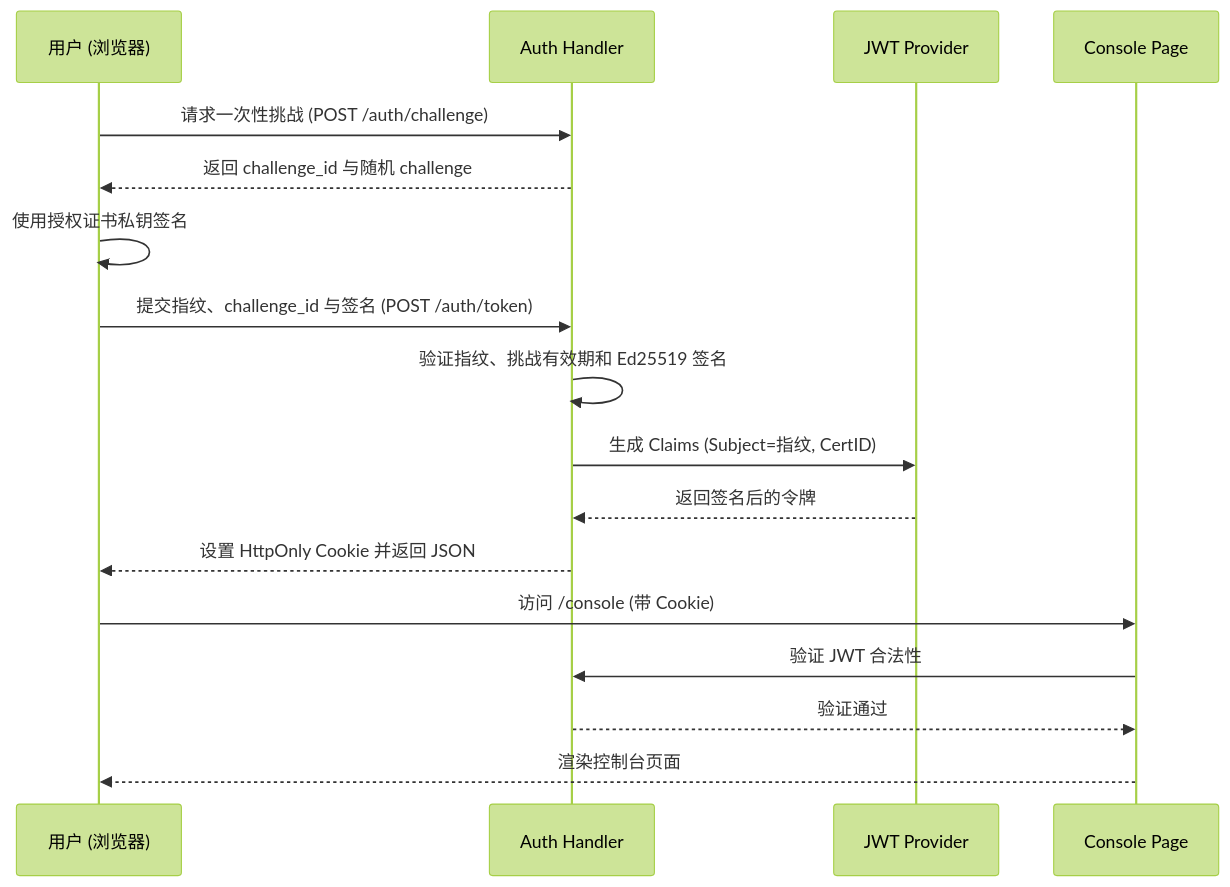
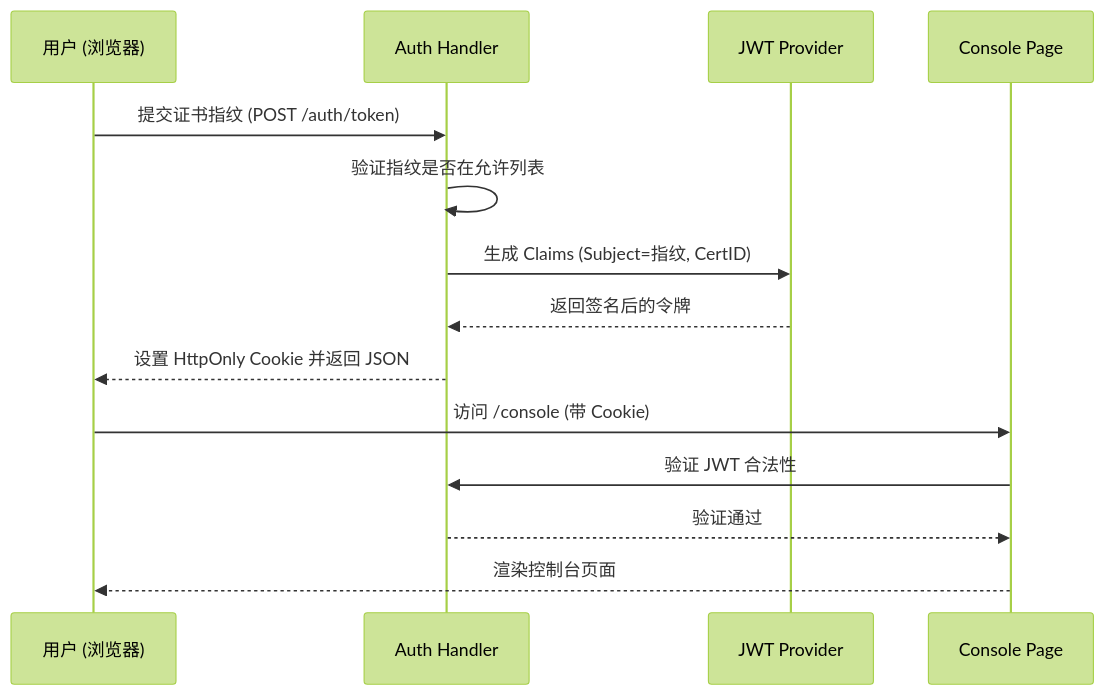
The second of 4 diagrams in .trae/deepwiki/服务端实现与 Web 控制台.md (fuzzbuster/slider), drawn with Mermaid (forest theme) before and after one commit. The commit also changed other lines of this file and 17 other files, not shown here.

````diff
--- a/.trae/deepwiki/服务端实现与 Web 控制台.md
+++ b/.trae/deepwiki/服务端实现与 Web 控制台.md
@@ -195,20 +200,17 @@
 ```mermaid
 sequenceDiagram
     participant User as 用户 (浏览器)
     participant Auth as Auth Handler
     participant JWT as JWT Provider
     participant Console as Console Page
 
-    User->>Auth: 请求一次性挑战 (POST /auth/challenge)
-    Auth-->>User: 返回 challenge_id 与随机 challenge
-    User->>User: 使用授权证书私钥签名
-    User->>Auth: 提交指纹、challenge_id 与签名 (POST /auth/token)
-    Auth->>Auth: 验证指纹、挑战有效期和 Ed25519 签名
+    User->>Auth: 提交证书指纹 (POST /auth/token)
+    Auth->>Auth: 验证指纹是否在允许列表
     Auth->>JWT: 生成 Claims (Subject=指纹, CertID)
     JWT-->>Auth: 返回签名后的令牌
     Auth-->>User: 设置 HttpOnly Cookie 并返回 JSON
     User->>Console: 访问 /console (带 Cookie)
     Console->>Auth: 验证 JWT 合法性
     Auth-->>Console: 验证通过
     Console-->>User: 渲染控制台页面
 ```
````
